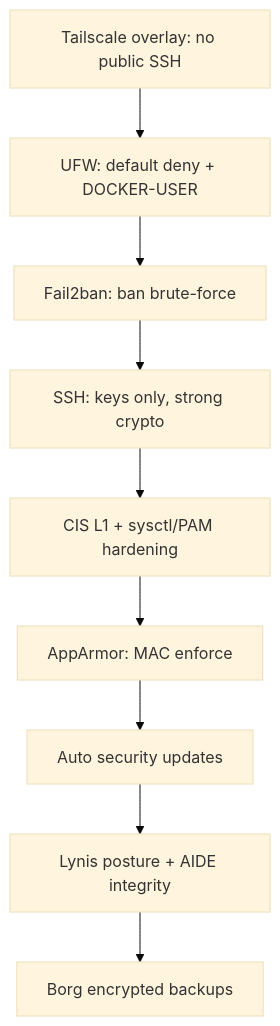
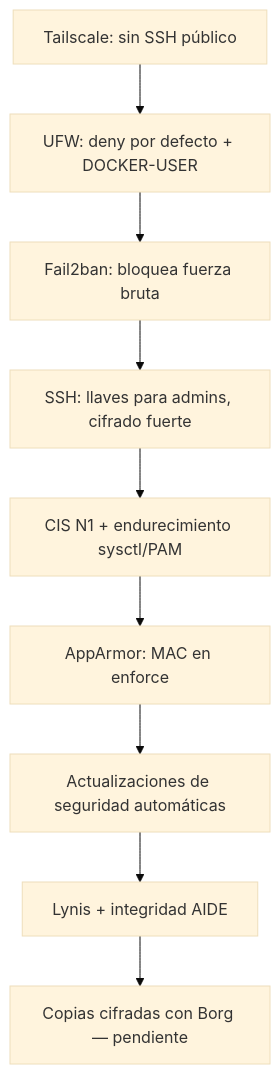
Before and after one commit to resourceldg/homelab: the fourth of 4 diagrams in docs/architecture.md, drawn with Mermaid (base theme). The commit also changed other lines of this file and 16 other files, not shown here.

````diff
--- a/docs/architecture.md
+++ b/docs/architecture.md
@@ -130,11 +137,11 @@
 ```mermaid
 flowchart TB
-    L1[Tailscale overlay: no public SSH] --> L2[UFW: default deny + DOCKER-USER]
-    L2 --> L3[Fail2ban: ban brute-force]
-    L3 --> L4[SSH: keys only, strong crypto]
-    L4 --> L5[CIS L1 + sysctl/PAM hardening]
-    L5 --> L6[AppArmor: MAC enforce]
-    L6 --> L7[Auto security updates]
-    L7 --> L8[Lynis posture + AIDE integrity]
-    L8 --> L9[Borg encrypted backups]
+    L1[Tailscale: sin SSH público] --> L2[UFW: deny por defecto + DOCKER-USER]
+    L2 --> L3[Fail2ban: bloquea fuerza bruta]
+    L3 --> L4[SSH: llaves para admins, cifrado fuerte]
+    L4 --> L5[CIS N1 + endurecimiento sysctl/PAM]
+    L5 --> L6[AppArmor: MAC en enforce]
+    L6 --> L7[Actualizaciones de seguridad automáticas]
+    L7 --> L8[Lynis + integridad AIDE]
+    L8 --> L9[Copias cifradas con Borg — pendiente]
 ```
````
